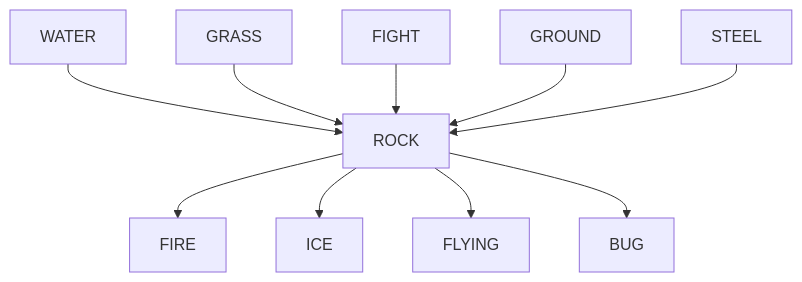
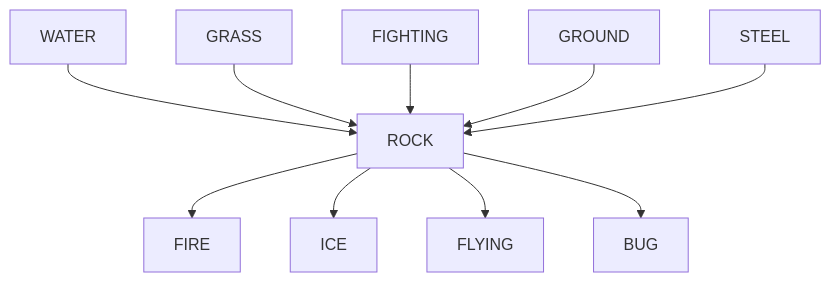
Diagram 16 of 18 in pokemon-type-chart/per-type.md (cliffano/typhlosion), drawn with Mermaid before and after one commit. The commit also changed other lines of this file and 1 other file, not shown here.

Commit message:
Fix Fighting Pokemon type name.

````diff
--- a/pokemon-type-chart/per-type.md
+++ b/pokemon-type-chart/per-type.md
@@ -162,12 +162,12 @@
 ```mermaid
   graph TD;
       WATER-->ROCK;
       GRASS-->ROCK;
-      FIGHT-->ROCK;
+      FIGHTING-->ROCK;
       GROUND-->ROCK;
       STEEL-->ROCK;
       ROCK-->FIRE;
       ROCK-->ICE;
       ROCK-->FLYING;
       ROCK-->BUG;
 ```
````
